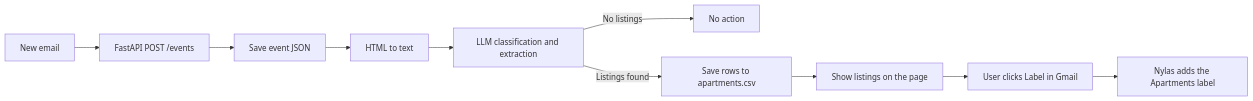
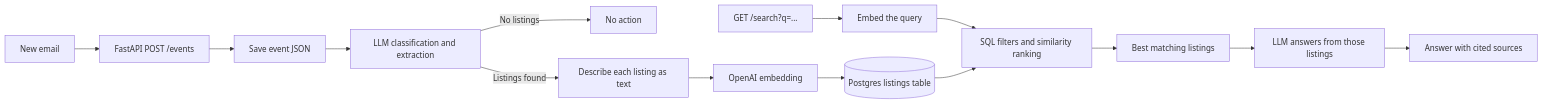
The diagram in README.md (lindseypeng/ai-personal-assistant), drawn with Mermaid before and after one commit. The commit also changed other lines of this file and 20 other files, not shown here.

First line of the commit message:
Add Week 4: Postgres, pgvector, and RAG over apartment listings

````diff
--- a/README.md
+++ b/README.md
@@ -26,12 +22,16 @@
 ```mermaid
 flowchart LR
     A[New email] --> B[FastAPI POST /events]
     B --> C[Save event JSON]
-    C --> D[HTML to text]
-    D --> E[LLM classification and extraction]
-    E -->|No listings| F[No action]
-    E -->|Listings found| G[Save rows to apartments.csv]
-    G --> H[Show listings on the page]
-    H --> I[User clicks Label in Gmail]
-    I --> J[Nylas adds the Apartments label]
+    C --> D[LLM classification and extraction]
+    D -->|No listings| E[No action]
+    D -->|Listings found| F[Describe each listing as text]
+    F --> G[OpenAI embedding]
+    G --> H[(Postgres listings table)]
+    I[GET /search?q=...] --> J[Embed the query]
+    J --> K[SQL filters and similarity ranking]
+    H --> K
+    K --> L[Best matching listings]
+    L --> M[LLM answers from those listings]
+    M --> N[Answer with cited sources]
 ```
````
